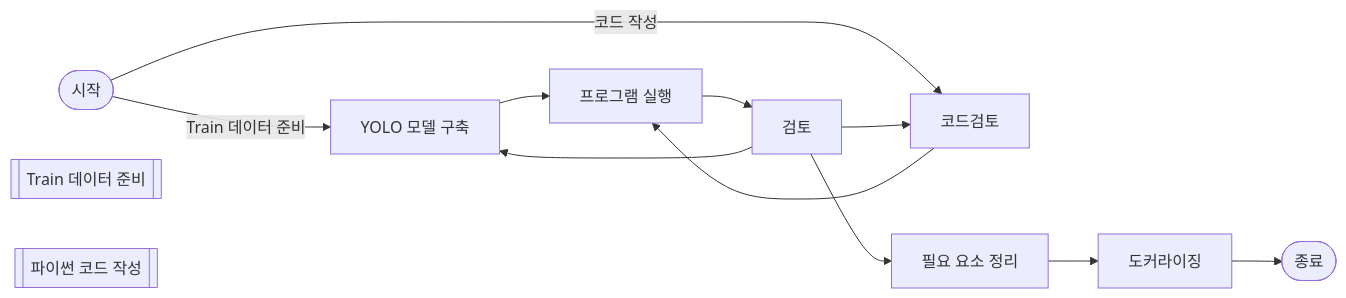
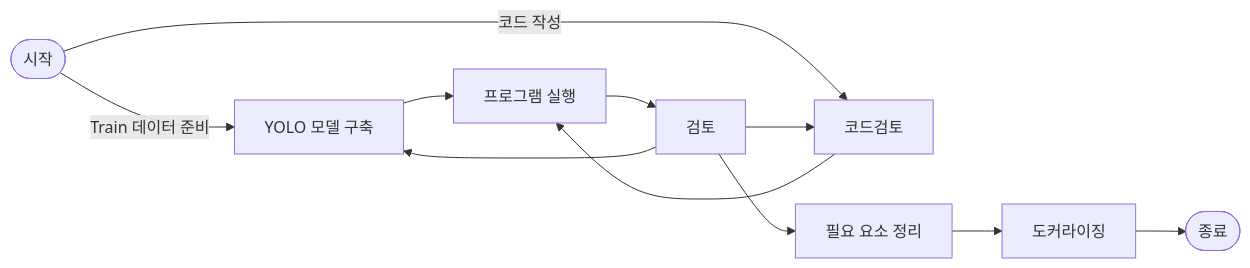
Before and after one commit to gamdumdum/my-project: the diagram in README.md, drawn with Mermaid.

````diff
--- a/README.md
+++ b/README.md
@@ -1,21 +1,17 @@
 ```mermaid
 flowchart LR
     시작([시작])
     시작 -->|Train 데이터 준비| Yolo[YOLO 모델 구축]
     시작 -->|코드 작성| 코드검토[코드검토]
 
     Yolo --> 실행[프로그램 실행]
     코드검토 --> 실행
 
     실행 --> 검토[검토]
     검토 --> Yolo
     검토 --> 코드검토
 
     검토 --> 정리[필요 요소 정리]
     정리 --> 도커[도커라이징]
     도커 --> 종료([종료])
-
-    %% 설명용 보조 노드
-    데이터준비[[Train 데이터 준비]]
-    코드작성[[파이썬 코드 작성]]
 ```
````
